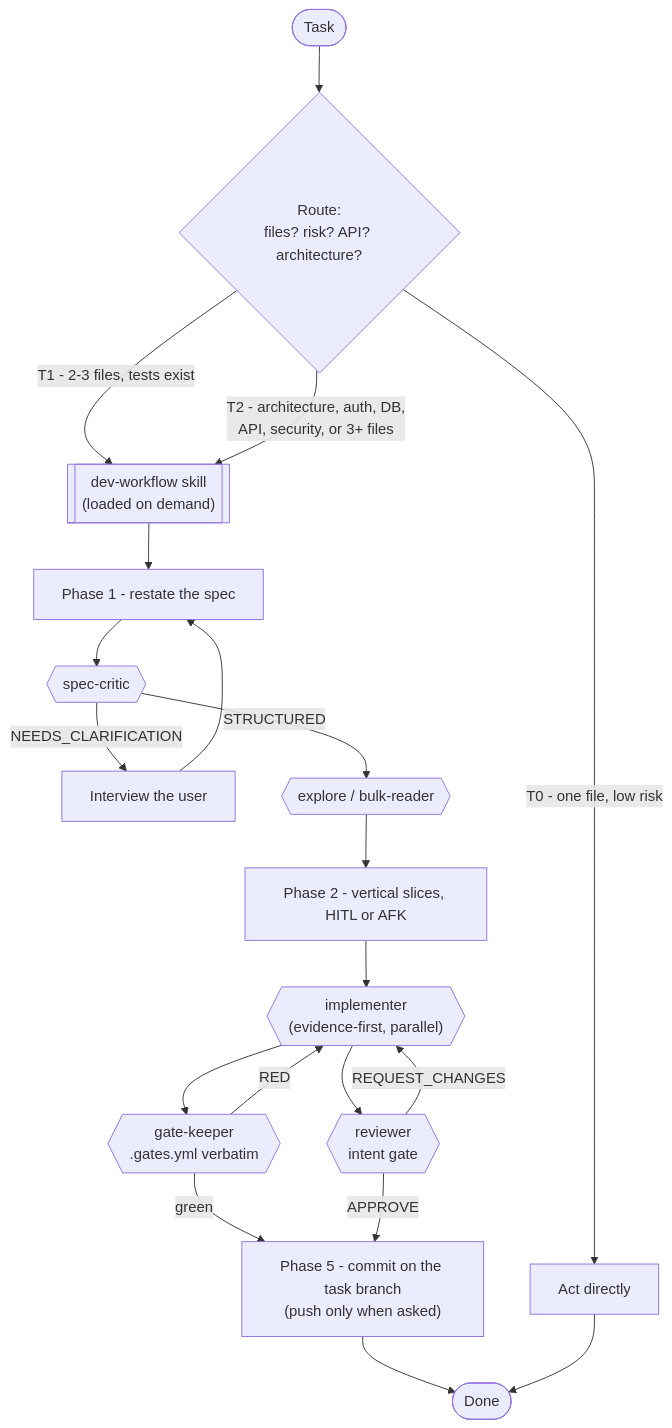
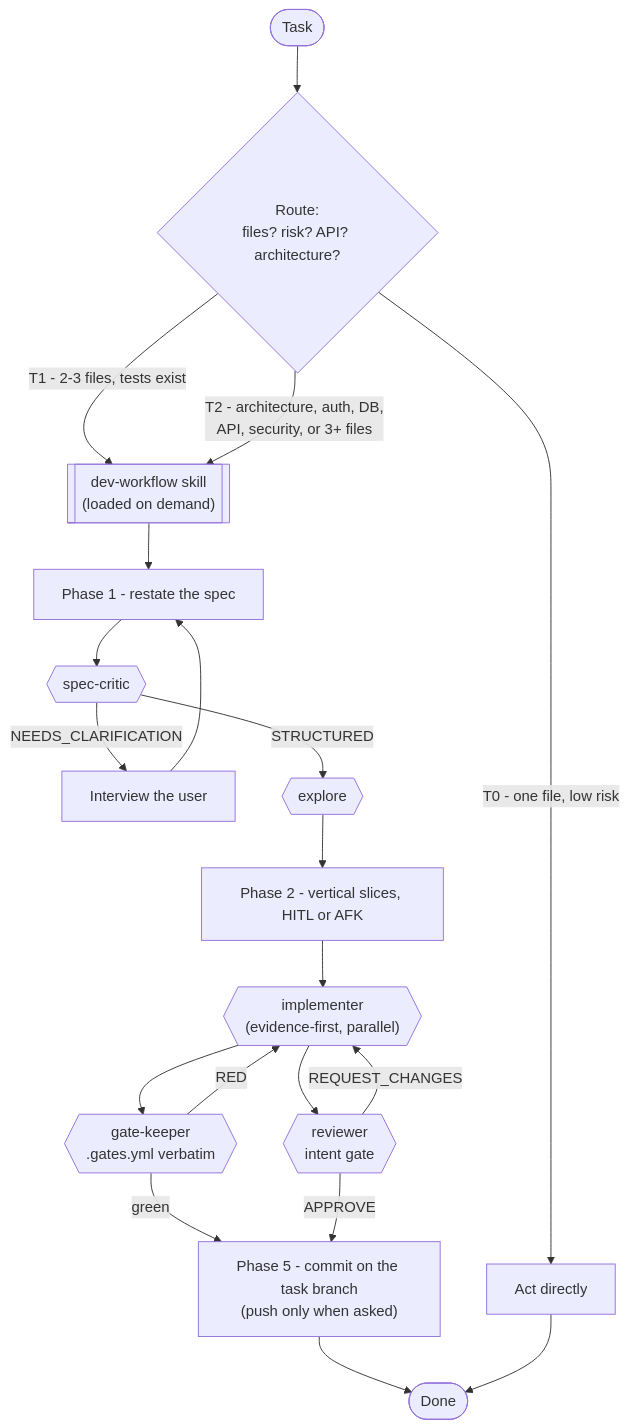
The diagram in README.md (TheElysium/agent-workflow), drawn with Mermaid before and after one commit. The commit also changed other lines of this file and 30 other files, not shown here.

````diff
--- a/README.md
+++ b/README.md
@@ -21,29 +24,29 @@
 ```mermaid
 flowchart TD
     Task([Task]) --> Route{"Route:<br/>files? risk? API? architecture?"}
 
     Route -->|"T0 - one file, low risk"| Direct["Act directly"]
     Route -->|"T1 - 2-3 files, tests exist"| Load
     Route -->|"T2 - architecture, auth, DB,<br/>API, security, or 3+ files"| Load
 
     Load[["dev-workflow skill<br/>(loaded on demand)"]] --> Spec
 
     Spec["Phase 1 - restate the spec"] --> Critic{{"spec-critic"}}
     Critic -->|NEEDS_CLARIFICATION| Interview["Interview the user"]
     Interview --> Spec
-    Critic -->|STRUCTURED| Discover{{"explore / bulk-reader"}}
+    Critic -->|STRUCTURED| Discover{{"explore"}}
 
     Discover --> Plan["Phase 2 - vertical slices, HITL or AFK"]
     Plan --> Impl{{"implementer<br/>(evidence-first, parallel)"}}
 
     Impl --> Eng{{"gate-keeper<br/>.gates.yml verbatim"}}
     Impl --> Intent{{"reviewer<br/>intent gate"}}
 
     Eng -->|RED| Impl
     Intent -->|REQUEST_CHANGES| Impl
     Eng -->|green| Commit
     Intent -->|APPROVE| Commit
 
     Commit["Phase 5 - commit on the task branch<br/>(push only when asked)"] --> Done([Done])
     Direct --> Done
 ```
````
